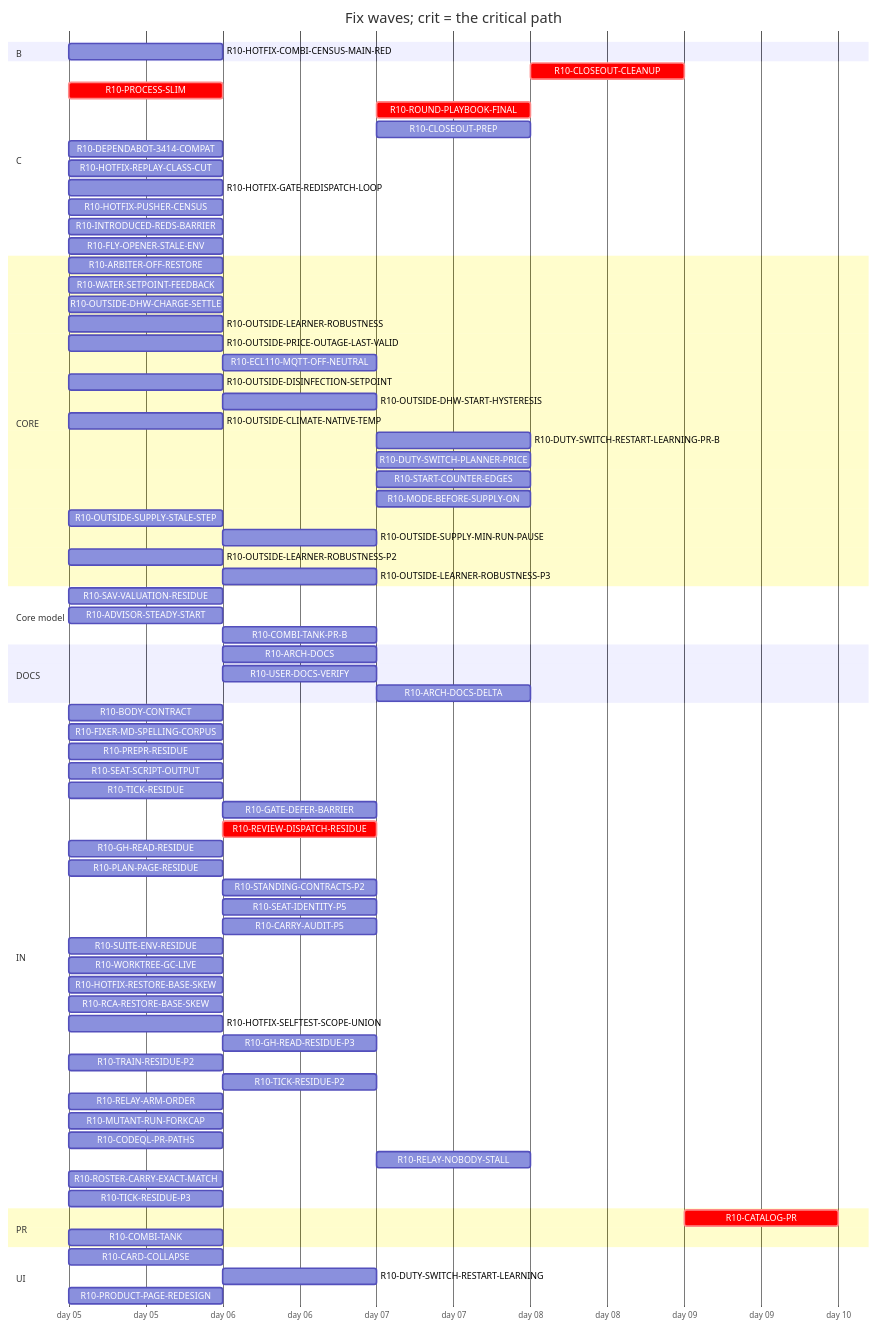
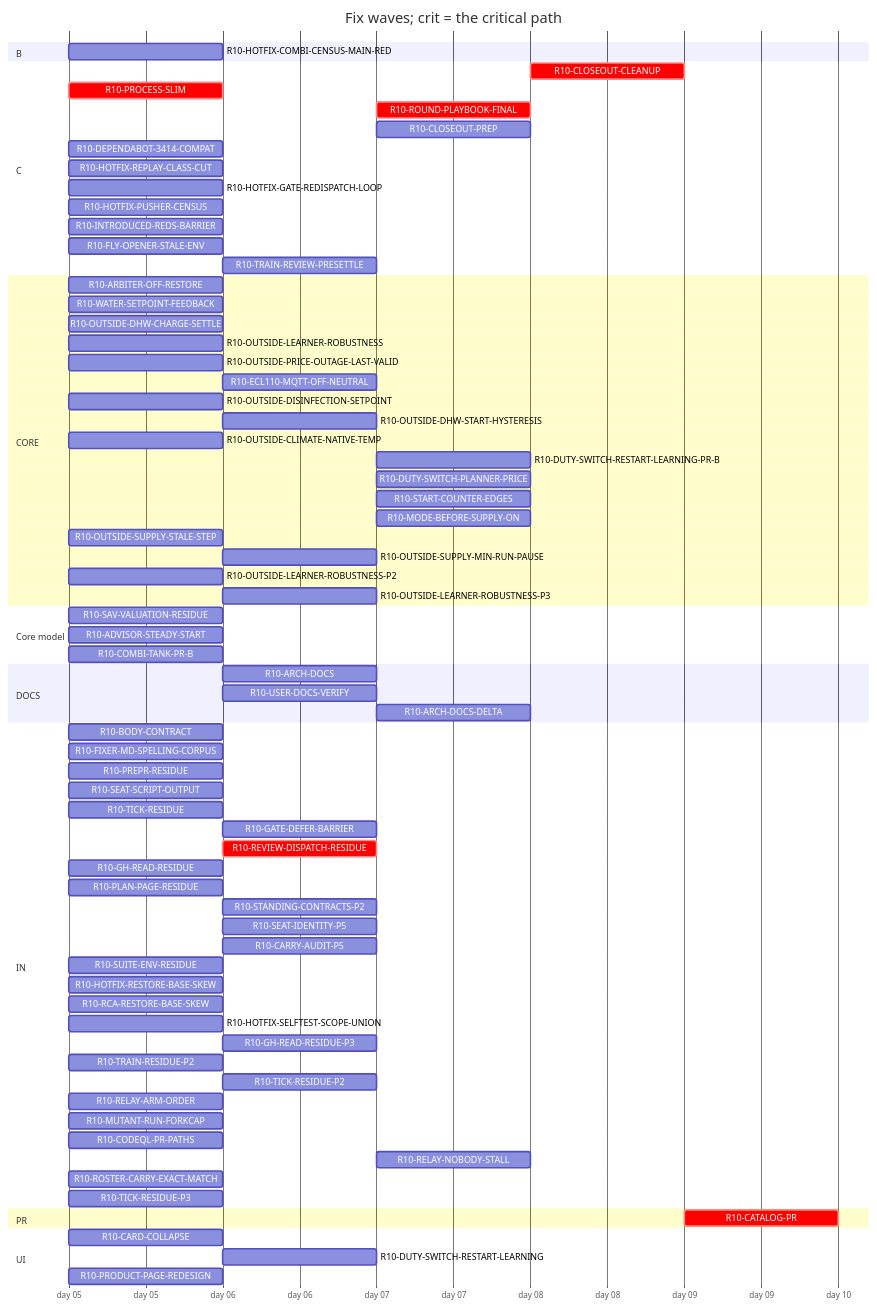
Before and after one commit to tvofi/heatpump_optimizer: the diagram in handoff/round10/state/PLAN-TABLE.md, drawn with Mermaid. The commit also changed other lines of this file and 4 other files, not shown here.

Commit message:
state: FLOW-BOARD.md, NEXT-SESSION-PROMPT.md, PLAN-TABLE.md, PLAN.html, RESUME-CURRENT.md regenerated (state_docs.py)

````diff
--- a/handoff/round10/state/PLAN-TABLE.md
+++ b/handoff/round10/state/PLAN-TABLE.md
@@ -21,79 +21,78 @@
 ```mermaid
 gantt
   title Fix waves; crit = the critical path
   dateFormat YYYY-MM-DD
   axisFormat day %d
   section B
     R10-HOTFIX-COMBI-CENSUS-MAIN-RED :r10HOTFIXCOMBICENSUSMAINRED, 2026-01-05, 1d
   section C
     R10-CLOSEOUT-CLEANUP :crit, r10CLOSEOUTCLEANUP, after r10ARCHDOCS r10USERDOCSVERIFY r10ROUNDPLAYBOOKFINAL r10CLOSEOUTPREP r10ARCHDOCSDELTA, 1d
     R10-PROCESS-SLIM :crit, r10PROCESSSLIM, 2026-01-05, 1d
-    R10-ROUND-PLAYBOOK-FINAL :crit, r10ROUNDPLAYBOOKFINAL, after r10BODYCONTRACT r10PROCESSSLIM r10FIXERMDSPELLINGCORPUS r10PREPRRESIDUE r10SEATSCRIPTOUTPUT r10REVIEWDISPATCHRESIDUE r10CARRYAUDITP5 r10TICKRESIDUE r10SEATIDENTITYP5 r10STANDINGCONTRACTSP2 r10PLANPAGERESIDUE r10GHREADRESIDUE r10SUITEENVRESIDUE r10GATEDEFERBARRIER r10WORKTREEGCLIVE, 1d
-    R10-CLOSEOUT-PREP :r10CLOSEOUTPREP, after r10ARCHDOCS r10BODYCONTRACT r10PROCESSSLIM r10FIXERMDSPELLINGCORPUS r10PREPRRESIDUE r10SEATSCRIPTOUTPUT r10REVIEWDISPATCHRESIDUE r10CARRYAUDITP5 r10TICKRESIDUE r10SEATIDENTITYP5 r10STANDINGCONTRACTSP2 r10PLANPAGERESIDUE r10GHREADRESIDUE r10SUITEENVRESIDUE r10GATEDEFERBARRIER r10WORKTREEGCLIVE, 1d
+    R10-ROUND-PLAYBOOK-FINAL :crit, r10ROUNDPLAYBOOKFINAL, after r10BODYCONTRACT r10PROCESSSLIM r10FIXERMDSPELLINGCORPUS r10PREPRRESIDUE r10SEATSCRIPTOUTPUT r10REVIEWDISPATCHRESIDUE r10CARRYAUDITP5 r10TICKRESIDUE r10SEATIDENTITYP5 r10STANDINGCONTRACTSP2 r10PLANPAGERESIDUE r10GHREADRESIDUE r10SUITEENVRESIDUE r10GATEDEFERBARRIER, 1d
+    R10-CLOSEOUT-PREP :r10CLOSEOUTPREP, after r10ARCHDOCS r10BODYCONTRACT r10PROCESSSLIM r10FIXERMDSPELLINGCORPUS r10PREPRRESIDUE r10SEATSCRIPTOUTPUT r10REVIEWDISPATCHRESIDUE r10CARRYAUDITP5 r10TICKRESIDUE r10SEATIDENTITYP5 r10STANDINGCONTRACTSP2 r10PLANPAGERESIDUE r10GHREADRESIDUE r10SUITEENVRESIDUE r10GATEDEFERBARRIER, 1d
     R10-DEPENDABOT-3414-COMPAT :r10DEPENDABOT3414COMPAT, 2026-01-05, 1d
     R10-HOTFIX-REPLAY-CLASS-CUT :r10HOTFIXREPLAYCLASSCUT, 2026-01-05, 1d
     R10-HOTFIX-GATE-REDISPATCH-LOOP :r10HOTFIXGATEREDISPATCHLOOP, 2026-01-05, 1d
     R10-HOTFIX-PUSHER-CENSUS :r10HOTFIXPUSHERCENSUS, 2026-01-05, 1d
     R10-INTRODUCED-REDS-BARRIER :r10INTRODUCEDREDSBARRIER, 2026-01-05, 1d
     R10-FLY-OPENER-STALE-ENV :r10FLYOPENERSTALEENV, 2026-01-05, 1d
+    R10-TRAIN-REVIEW-PRESETTLE :r10TRAINREVIEWPRESETTLE, after r10TRAINRESIDUEP2, 1d
   section CORE
     R10-ARBITER-OFF-RESTORE :r10ARBITEROFFRESTORE, 2026-01-05, 1d
     R10-WATER-SETPOINT-FEEDBACK :r10WATERSETPOINTFEEDBACK, 2026-01-05, 1d
     R10-OUTSIDE-DHW-CHARGE-SETTLE :r10OUTSIDEDHWCHARGESETTLE, 2026-01-05, 1d
     R10-OUTSIDE-LEARNER-ROBUSTNESS :r10OUTSIDELEARNERROBUSTNESS, 2026-01-05, 1d
     R10-OUTSIDE-PRICE-OUTAGE-LAST-VALID :r10OUTSIDEPRICEOUTAGELASTVALID, 2026-01-05, 1d
     R10-ECL110-MQTT-OFF-NEUTRAL :r10ECL110MQTTOFFNEUTRAL, after r10ARBITEROFFRESTORE, 1d
     R10-OUTSIDE-DISINFECTION-SETPOINT :r10OUTSIDEDISINFECTIONSETPOINT, 2026-01-05, 1d
     R10-OUTSIDE-DHW-START-HYSTERESIS :r10OUTSIDEDHWSTARTHYSTERESIS, after r10OUTSIDEDISINFECTIONSETPOINT, 1d
     R10-OUTSIDE-CLIMATE-NATIVE-TEMP :r10OUTSIDECLIMATENATIVETEMP, 2026-01-05, 1d
     R10-DUTY-SWITCH-RESTART-LEARNING-PR-B :r10DUTYSWITCHRESTARTLEARNINGPRB, after r10DUTYSWITCHRESTARTLEARNING, 1d
     R10-DUTY-SWITCH-PLANNER-PRICE :r10DUTYSWITCHPLANNERPRICE, after r10DUTYSWITCHRESTARTLEARNING, 1d
     R10-START-COUNTER-EDGES :r10STARTCOUNTEREDGES, after r10DUTYSWITCHRESTARTLEARNING, 1d
     R10-MODE-BEFORE-SUPPLY-ON :r10MODEBEFORESUPPLYON, after r10DUTYSWITCHRESTARTLEARNING, 1d
     R10-OUTSIDE-SUPPLY-STALE-STEP :r10OUTSIDESUPPLYSTALESTEP, 2026-01-05, 1d
     R10-OUTSIDE-SUPPLY-MIN-RUN-PAUSE :r10OUTSIDESUPPLYMINRUNPAUSE, after r10OUTSIDESUPPLYSTALESTEP, 1d
     R10-OUTSIDE-LEARNER-ROBUSTNESS-P2 :r10OUTSIDELEARNERROBUSTNESSP2, 2026-01-05, 1d
     R10-OUTSIDE-LEARNER-ROBUSTNESS-P3 :r10OUTSIDELEARNERROBUSTNESSP3, after r10OUTSIDELEARNERROBUSTNESS r10OUTSIDELEARNERROBUSTNESSP2, 1d
   section Core model
     R10-SAV-VALUATION-RESIDUE :r10SAVVALUATIONRESIDUE, 2026-01-05, 1d
     R10-ADVISOR-STEADY-START :r10ADVISORSTEADYSTART, 2026-01-05, 1d
-    R10-COMBI-TANK-PR-B :r10COMBITANKPRB, after r10COMBITANK, 1d
+    R10-COMBI-TANK-PR-B :r10COMBITANKPRB, 2026-01-05, 1d
   section DOCS
     R10-ARCH-DOCS :r10ARCHDOCS, after r10BODYCONTRACT r10PROCESSSLIM, 1d
-    R10-USER-DOCS-VERIFY :r10USERDOCSVERIFY, after r10ARBITEROFFRESTORE r10COMBITANK r10PRODUCTPAGEREDESIGN, 1d
-    R10-ARCH-DOCS-DELTA :r10ARCHDOCSDELTA, after r10ARCHDOCS r10ARBITEROFFRESTORE r10COMBITANK r10SAVVALUATIONRESIDUE r10ADVISORSTEADYSTART r10COMBITANKPRB, 1d
+    R10-USER-DOCS-VERIFY :r10USERDOCSVERIFY, after r10ARBITEROFFRESTORE r10PRODUCTPAGEREDESIGN, 1d
+    R10-ARCH-DOCS-DELTA :r10ARCHDOCSDELTA, after r10ARCHDOCS r10ARBITEROFFRESTORE r10SAVVALUATIONRESIDUE r10ADVISORSTEADYSTART r10COMBITANKPRB, 1d
   section IN
     R10-BODY-CONTRACT :r10BODYCONTRACT, 2026-01-05, 1d
     R10-FIXER-MD-SPELLING-CORPUS :r10FIXERMDSPELLINGCORPUS, 2026-01-05, 1d
     R10-PREPR-RESIDUE :r10PREPRRESIDUE, 2026-01-05, 1d
     R10-SEAT-SCRIPT-OUTPUT :r10SEATSCRIPTOUTPUT, 2026-01-05, 1d
     R10-TICK-RESIDUE :r10TICKRESIDUE, 2026-01-05, 1d
-    R10-GATE-DEFER-BARRIER :r10GATEDEFERBARRIER, after r10TICKRESIDUE, 1d
+    R10-GATE-DEFER-BARRIER :r10GATEDEFERBARRIER, after r10TICKRESIDUE r10HOTFIXGATEREDISPATCHLOOP, 1d
     R10-REVIEW-DISPATCH-RESIDUE :crit, r10REVIEWDISPATCHRESIDUE, after r10PROCESSSLIM, 1d
     R10-GH-READ-RESIDUE :r10GHREADRESIDUE, 2026-01-05, 1d
     R10-PLAN-PAGE-RESIDUE :r10PLANPAGERESIDUE, 2026-01-05, 1d
     R10-STANDING-CONTRACTS-P2 :r10STANDINGCONTRACTSP2, after r10FIXERMDSPELLINGCORPUS, 1d
     R10-SEAT-IDENTITY-P5 :r10SEATIDENTITYP5, after r10TICKRESIDUE, 1d
     R10-CARRY-AUDIT-P5 :r10CARRYAUDITP5, after r10BODYCONTRACT, 1d
     R10-SUITE-ENV-RESIDUE :r10SUITEENVRESIDUE, 2026-01-05, 1d
-    R10-WORKTREE-GC-LIVE :r10WORKTREEGCLIVE, 2026-01-05, 1d
     R10-HOTFIX-RESTORE-BASE-SKEW :r10HOTFIXRESTOREBASESKEW, 2026-01-05, 1d
     R10-RCA-RESTORE-BASE-SKEW :r10RCARESTOREBASESKEW, 2026-01-05, 1d
     R10-HOTFIX-SELFTEST-SCOPE-UNION :r10HOTFIXSELFTESTSCOPEUNION, 2026-01-05, 1d
     R10-GH-READ-RESIDUE-P3 :r10GHREADRESIDUEP3, after r10TICKRESIDUE r10GHREADRESIDUE, 1d
     R10-TRAIN-RESIDUE-P2 :r10TRAINRESIDUEP2, 2026-01-05, 1d
     R10-TICK-RESIDUE-P2 :r10TICKRESIDUEP2, after r10TICKRESIDUE, 1d
     R10-RELAY-ARM-ORDER :r10RELAYARMORDER, 2026-01-05, 1d
     R10-MUTANT-RUN-FORKCAP :r10MUTANTRUNFORKCAP, 2026-01-05, 1d
     R10-CODEQL-PR-PATHS :r10CODEQLPRPATHS, 2026-01-05, 1d
     R10-RELAY-NOBODY-STALL :r10RELAYNOBODYSTALL, after r10RELAYARMORDER r10REVIEWDISPATCHRESIDUE, 1d
     R10-ROSTER-CARRY-EXACT-MATCH :r10ROSTERCARRYEXACTMATCH, 2026-01-05, 1d
     R10-TICK-RESIDUE-P3 :r10TICKRESIDUEP3, 2026-01-05, 1d
   section PR
     R10-CATALOG-PR :crit, r10CATALOGPR, after r10USERDOCSVERIFY r10ARCHDOCS r10ROUNDPLAYBOOKFINAL r10CLOSEOUTCLEANUP r10CLOSEOUTPREP r10ARCHDOCSDELTA, 1d
-    R10-COMBI-TANK :r10COMBITANK, 2026-01-05, 1d
   section UI
     R10-CARD-COLLAPSE :r10CARDCOLLAPSE, 2026-01-05, 1d
     R10-DUTY-SWITCH-RESTART-LEARNING :r10DUTYSWITCHRESTARTLEARNING, after r10WATERSETPOINTFEEDBACK, 1d
     R10-PRODUCT-PAGE-REDESIGN :r10PRODUCTPAGEREDESIGN, 2026-01-05, 1d
 ```
````
